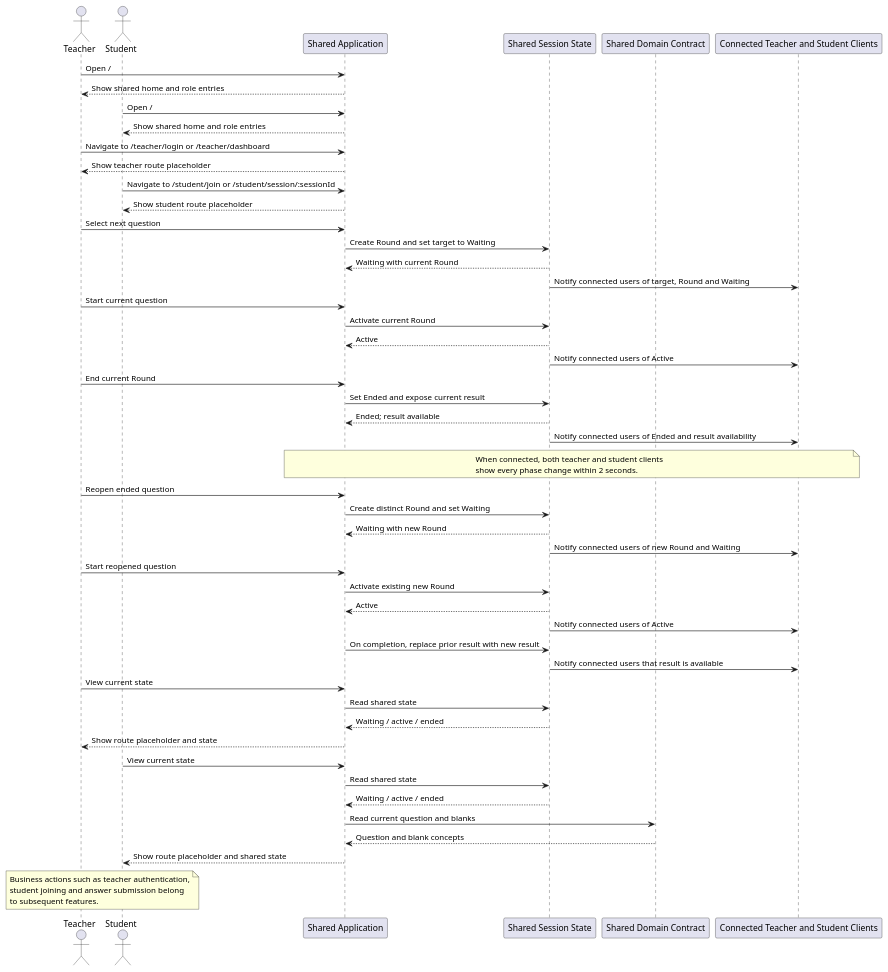
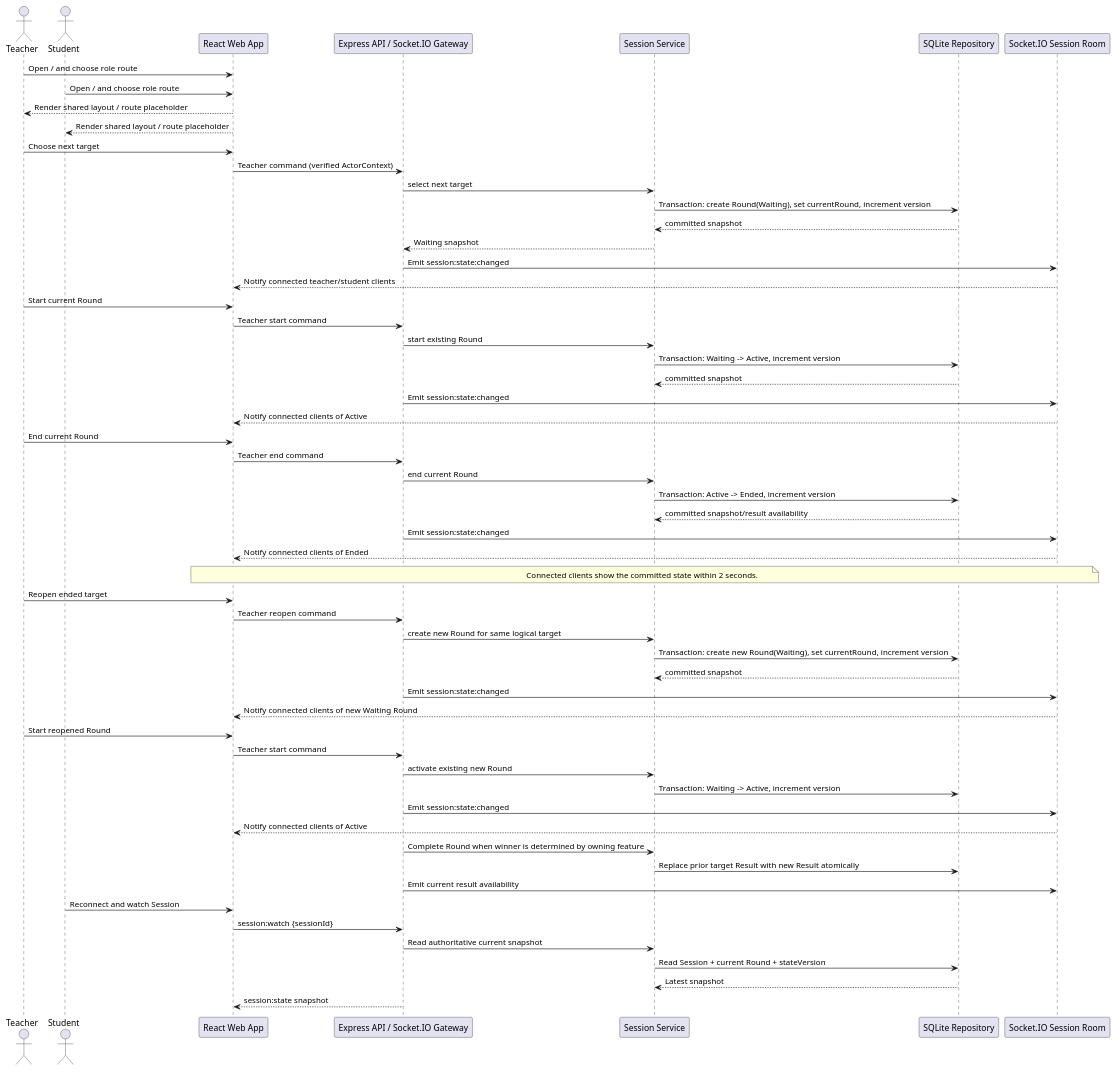
Before and after one commit to yuyu-lcoavte/quiz-system: the diagram in diagrams/foundation-sequence.puml, drawn with PlantUML. The commit also changed 12 other files, not shown here.

Commit message:
docs: complete Shared Foundation planning phase

```diff
--- a/diagrams/foundation-sequence.puml
+++ b/diagrams/foundation-sequence.puml
@@ -1,57 +1,60 @@
 @startuml
 actor Teacher
 actor Student
-participant "Shared Application" as App
-participant "Shared Session State" as State
-participant "Shared Domain Contract" as Domain
-participant "Connected Teacher and Student Clients" as Clients
-Teacher -> App: Open /
-App --> Teacher: Show shared home and role entries
-Student -> App: Open /
-App --> Student: Show shared home and role entries
-Teacher -> App: Navigate to /teacher/login or /teacher/dashboard
-App --> Teacher: Show teacher route placeholder
-Student -> App: Navigate to /student/join or /student/session/:sessionId
-App --> Student: Show student route placeholder
-Teacher -> App: Select next question
-App -> State: Create Round and set target to Waiting
-State --> App: Waiting with current Round
-State -> Clients: Notify connected users of target, Round and Waiting
-Teacher -> App: Start current question
-App -> State: Activate current Round
-State --> App: Active
-State -> Clients: Notify connected users of Active
-Teacher -> App: End current Round
-App -> State: Set Ended and expose current result
-State --> App: Ended; result available
-State -> Clients: Notify connected users of Ended and result availability
-note over App,Clients
-When connected, both teacher and student clients
-show every phase change within 2 seconds.
+participant "React Web App" as Web
+participant "Express API / Socket.IO Gateway" as Server
+participant "Session Service" as Service
+participant "SQLite Repository" as Repo
+participant "Socket.IO Session Room" as Room
+Teacher -> Web: Open / and choose role route
+Student -> Web: Open / and choose role route
+Web --> Teacher: Render shared layout / route placeholder
+Web --> Student: Render shared layout / route placeholder
+Teacher -> Web: Choose next target
+Web -> Server: Teacher command (verified ActorContext)
+Server -> Service: select next target
+Service -> Repo: Transaction: create Round(Waiting), set currentRound, increment version
+Repo --> Service: committed snapshot
+Service --> Server: Waiting snapshot
+Server -> Room: Emit session:state:changed
+Room --> Web: Notify connected teacher/student clients
+Teacher -> Web: Start current Round
+Web -> Server: Teacher start command
+Server -> Service: start existing Round
+Service -> Repo: Transaction: Waiting -> Active, increment version
+Repo --> Service: committed snapshot
+Server -> Room: Emit session:state:changed
+Room --> Web: Notify connected clients of Active
+Teacher -> Web: End current Round
+Web -> Server: Teacher end command
+Server -> Service: end current Round
+Service -> Repo: Transaction: Active -> Ended, increment version
+Repo --> Service: committed snapshot/result availability
+Server -> Room: Emit session:state:changed
+Room --> Web: Notify connected clients of Ended
+note over Web,Room
+Connected clients show the committed state within 2 seconds.
 end note
-Teacher -> App: Reopen ended question
-App -> State: Create distinct Round and set Waiting
-State --> App: Waiting with new Round
-State -> Clients: Notify connected users of new Round and Waiting
-Teacher -> App: Start reopened question
-App -> State: Activate existing new Round
-State --> App: Active
-State -> Clients: Notify connected users of Active
-App -> State: On completion, replace prior result with new result
-State -> Clients: Notify connected users that result is available
-Teacher -> App: View current state
-App -> State: Read shared state
-State --> App: Waiting / active / ended
-App --> Teacher: Show route placeholder and state
-Student -> App: View current state
-App -> State: Read shared state
-State --> App: Waiting / active / ended
-App -> Domain: Read current question and blanks
-Domain --> App: Question and blank concepts
-App --> Student: Show route placeholder and shared state
-note over Teacher,Student
-Business actions such as teacher authentication,
-student joining and answer submission belong
-to subsequent features.
-end note
+Teacher -> Web: Reopen ended target
+Web -> Server: Teacher reopen command
+Server -> Service: create new Round for same logical target
+Service -> Repo: Transaction: create new Round(Waiting), set currentRound, increment version
+Repo --> Service: committed snapshot
+Server -> Room: Emit session:state:changed
+Room --> Web: Notify connected clients of new Waiting Round
+Teacher -> Web: Start reopened Round
+Web -> Server: Teacher start command
+Server -> Service: activate existing new Round
+Service -> Repo: Transaction: Waiting -> Active, increment version
+Server -> Room: Emit session:state:changed
+Room --> Web: Notify connected clients of Active
+Server -> Service: Complete Round when winner is determined by owning feature
+Service -> Repo: Replace prior target Result with new Result atomically
+Server -> Room: Emit current result availability
+Student -> Web: Reconnect and watch Session
+Web -> Server: session:watch {sessionId}
+Server -> Service: Read authoritative current snapshot
+Service -> Repo: Read Session + current Round + stateVersion
+Repo --> Service: Latest snapshot
+Server --> Web: session:state snapshot
 @enduml
```
